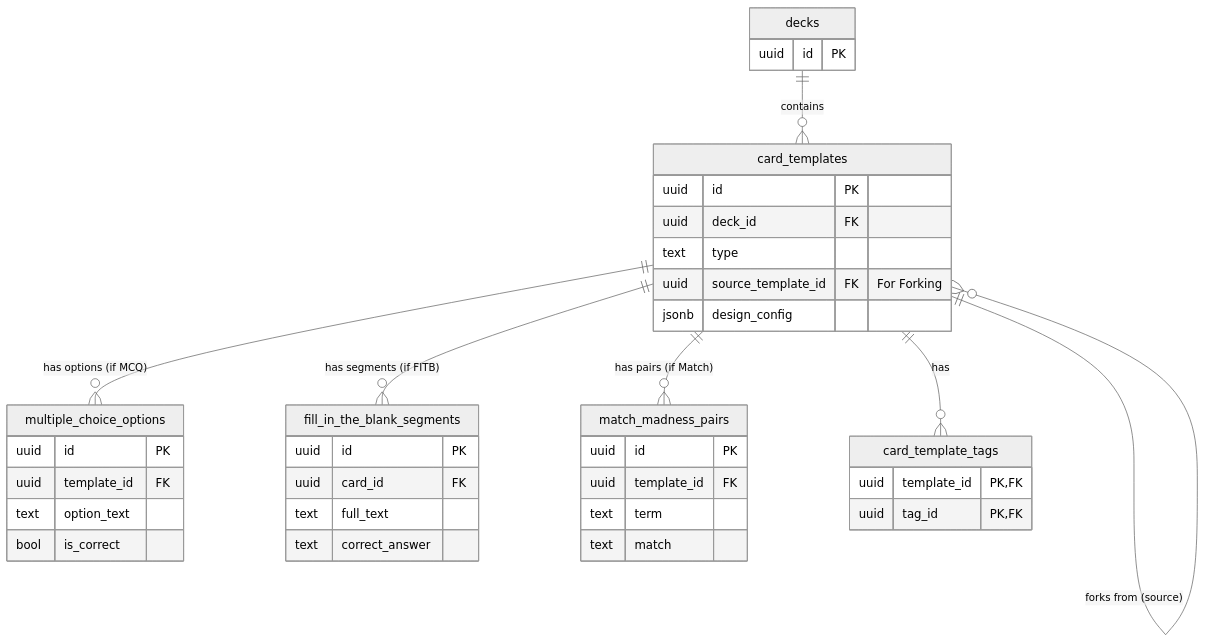
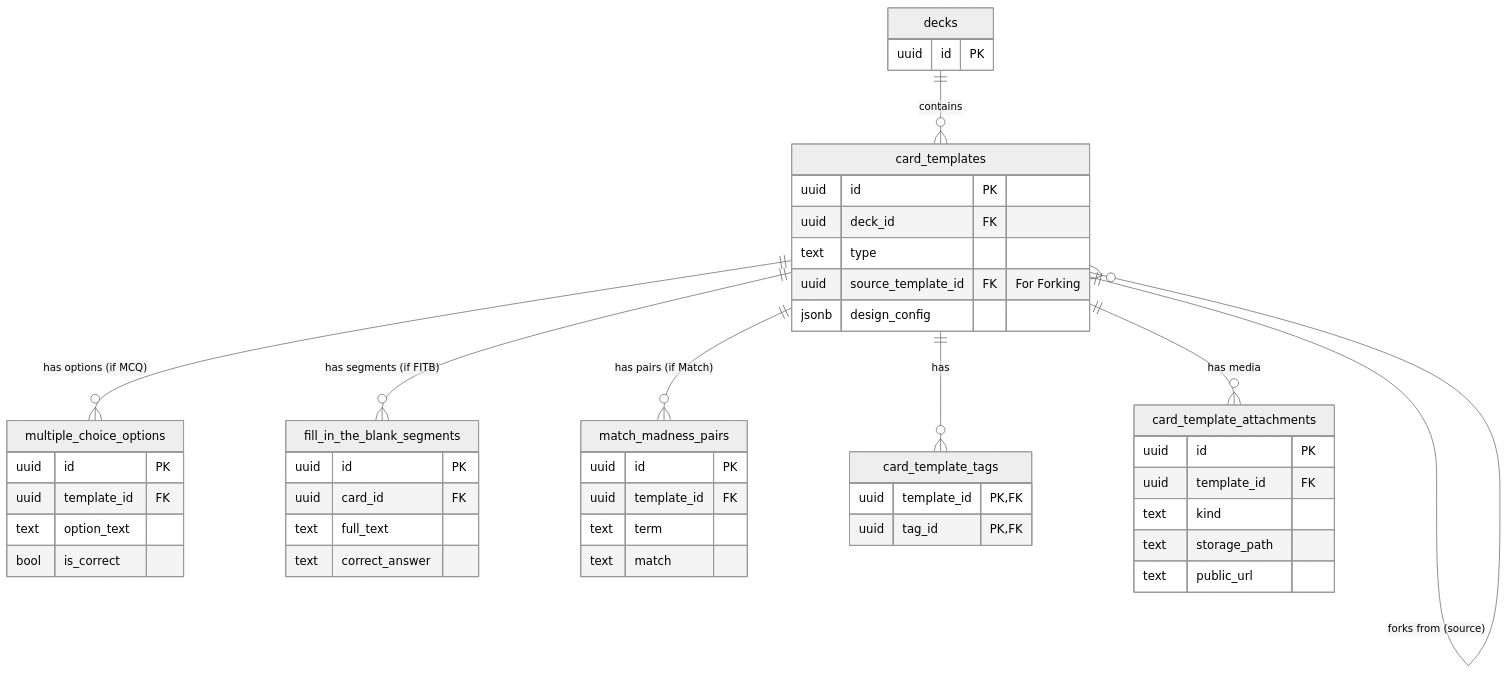
The third of 6 diagrams in supabase/context/schema_diagram.md (GuyWithBag/boo_mondai), drawn with Mermaid (neutral theme) before and after one commit. The commit also changed 63 other files, not shown here.

````diff
--- a/supabase/context/schema_diagram.md
+++ b/supabase/context/schema_diagram.md
@@ -89,48 +89,57 @@
 ```mermaid
 erDiagram
     decks {
         uuid id PK
     }
 
     card_templates {
         uuid id PK
         uuid deck_id FK
         text type
         uuid source_template_id FK "For Forking"
         jsonb design_config
     }
 
     multiple_choice_options {
         uuid id PK
         uuid template_id FK
         text option_text
         bool is_correct
     }
 
     fill_in_the_blank_segments {
         uuid id PK
         uuid card_id FK
         text full_text
         text correct_answer
     }
 
     match_madness_pairs {
         uuid id PK
         uuid template_id FK
         text term
         text match
     }
 
     card_template_tags {
         uuid template_id PK, FK
         uuid tag_id PK, FK
     }
 
+    card_template_attachments {
+        uuid id PK
+        uuid template_id FK
+        text kind
+        text storage_path
+        text public_url
+    }
+
     decks ||--o{ card_templates : "contains"
     card_templates ||--o{ card_templates : "forks from (source)"
     card_templates ||--o{ multiple_choice_options : "has options (if MCQ)"
     card_templates ||--o{ fill_in_the_blank_segments : "has segments (if FITB)"
     card_templates ||--o{ match_madness_pairs : "has pairs (if Match)"
     card_templates ||--o{ card_template_tags : "has"
+    card_templates ||--o{ card_template_attachments : "has media"
 
 ```
````
